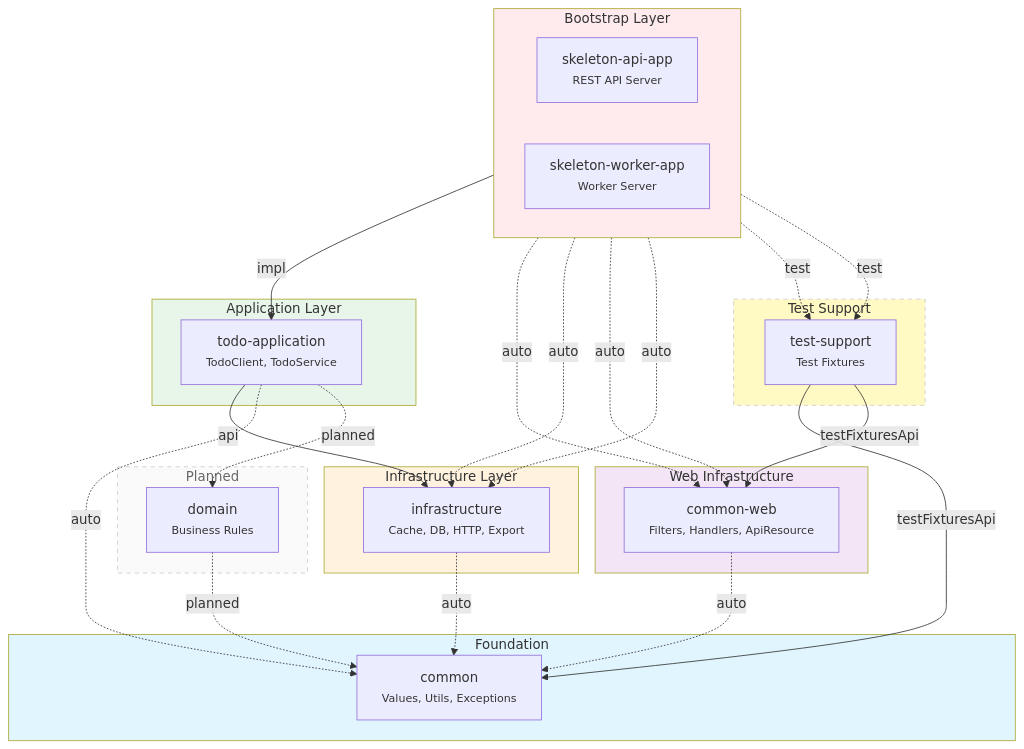
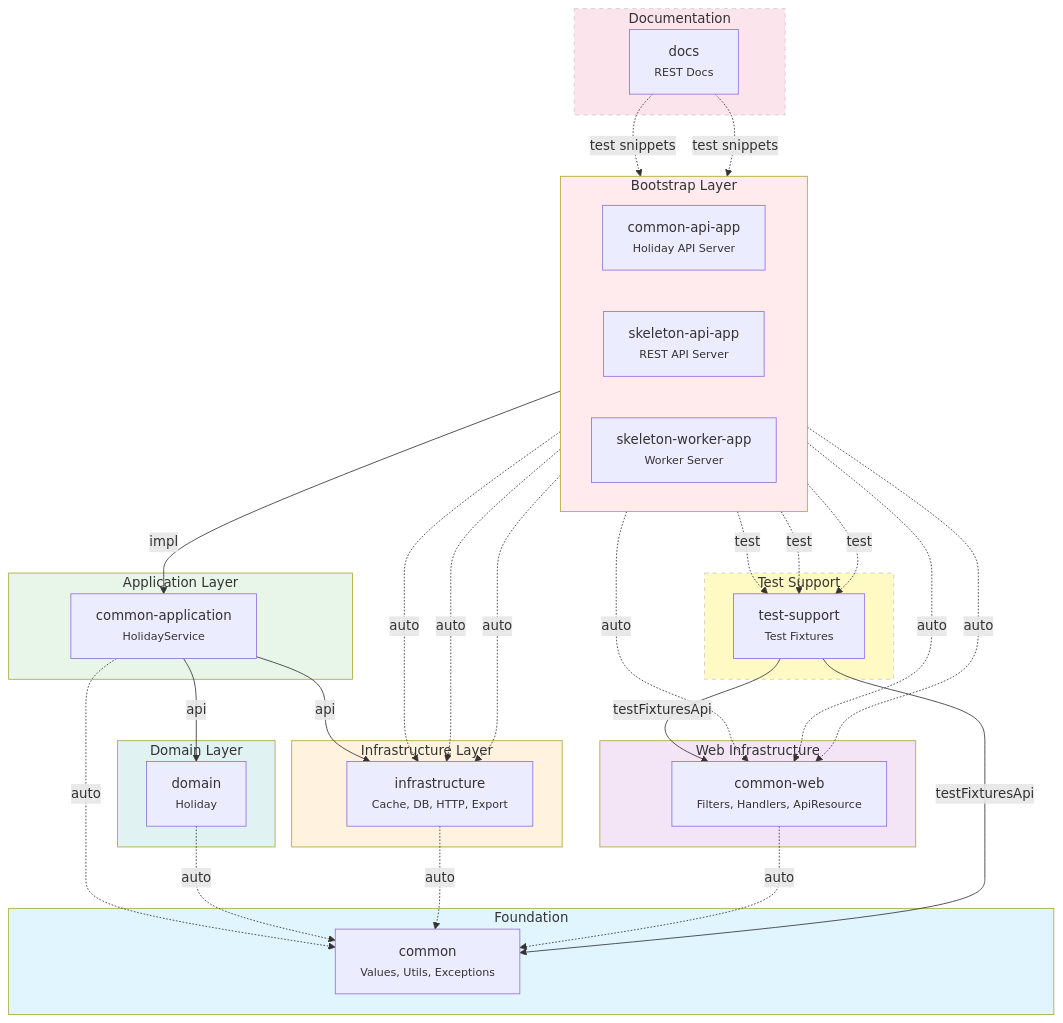
Before and after one commit to gykk16/spring-skeleton: the first of 3 diagrams in .docs/module-dependency.md, drawn with Mermaid. The commit also changed other lines of this file, not shown here.

````diff
--- a/.docs/module-dependency.md
+++ b/.docs/module-dependency.md
@@ -24,64 +26,75 @@
 ```mermaid
 graph TB
     subgraph Bootstrap["Bootstrap Layer"]
         direction LR
+        CommonAPI["common-api-app<br/><small>Holiday API Server</small>"]
         API["skeleton-api-app<br/><small>REST API Server</small>"]
         Worker["skeleton-worker-app<br/><small>Worker Server</small>"]
     end
 
     subgraph Application["Application Layer"]
-        TodoApp["todo-application<br/><small>TodoClient, TodoService</small>"]
+        CommonApp["common-application<br/><small>HolidayService</small>"]
+    end
+
+    subgraph Domain["Domain Layer"]
+        DomainModel["domain<br/><small>Holiday</small>"]
     end
 
     subgraph Infra["Infrastructure Layer"]
         Infrastructure["infrastructure<br/><small>Cache, DB, HTTP, Export</small>"]
     end
 
     subgraph WebInfra["Web Infrastructure"]
         CommonWeb["common-web<br/><small>Filters, Handlers, ApiResource</small>"]
     end
 
     subgraph Foundation["Foundation"]
         Common["common<br/><small>Values, Utils, Exceptions</small>"]
     end
 
     subgraph TestLayer["Test Support"]
         TestSupport["test-support<br/><small>Test Fixtures</small>"]
     end
 
-    subgraph Planned["Planned"]
-        Domain["domain<br/><small>Business Rules</small>"]
+    subgraph Documentation["Documentation"]
+        Docs["docs<br/><small>REST Docs</small>"]
     end
 
     %% Explicit dependencies (solid)
-    API -->|impl| TodoApp
-    TodoApp -->|api| Infrastructure
+    CommonAPI -->|impl| CommonApp
+    CommonApp -->|api| DomainModel
+    CommonApp -->|api| Infrastructure
 
     %% Auto-injected by root build (dashed)
+    CommonAPI -.->|auto| CommonWeb
+    CommonAPI -.->|auto| Infrastructure
     API -.->|auto| CommonWeb
     API -.->|auto| Infrastructure
     Worker -.->|auto| CommonWeb
     Worker -.->|auto| Infrastructure
-    TodoApp -.->|auto| Common
+    CommonApp -.->|auto| Common
+    DomainModel -.->|auto| Common
     Infrastructure -.->|auto| Common
     CommonWeb -.->|auto| Common
 
     %% Test dependencies (dotted)
+    CommonAPI -.->|test| TestSupport
     API -.->|test| TestSupport
     Worker -.->|test| TestSupport
     TestSupport -->|testFixturesApi| Common
     TestSupport -->|testFixturesApi| CommonWeb
 
-    %% Planned future dependencies
-    TodoApp -.->|planned| Domain
-    Domain -.->|planned| Common
+    %% Documentation dependencies
+    Docs -.->|test snippets| CommonAPI
+    Docs -.->|test snippets| API
 
     %% Styling
     style Bootstrap fill:#ffebee,color:#333
     style Application fill:#e8f5e9,color:#333
+    style Domain fill:#e0f2f1,color:#333
     style Infra fill:#fff3e0,color:#333
     style WebInfra fill:#f3e5f5,color:#333
     style Foundation fill:#e1f5fe,color:#333
     style TestLayer fill:#fff9c4,stroke:#ccc,stroke-dasharray:5,color:#333
-    style Planned fill:#fafafa,stroke:#ccc,stroke-dasharray:5,color:#666
+    style Documentation fill:#fce4ec,stroke:#ccc,stroke-dasharray:5,color:#333
 ```
````
